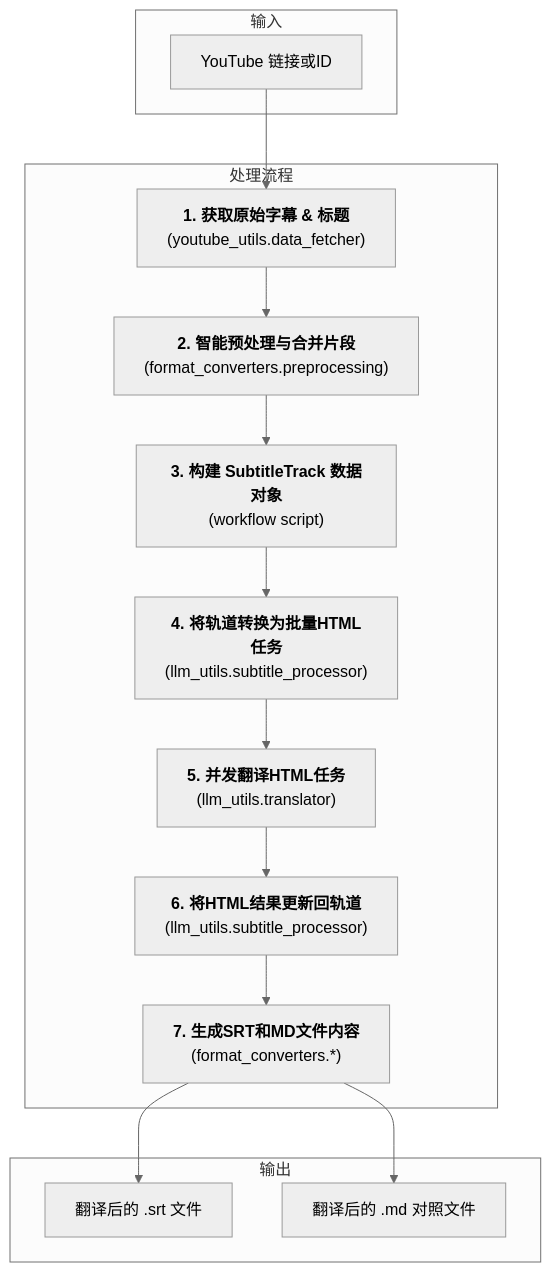
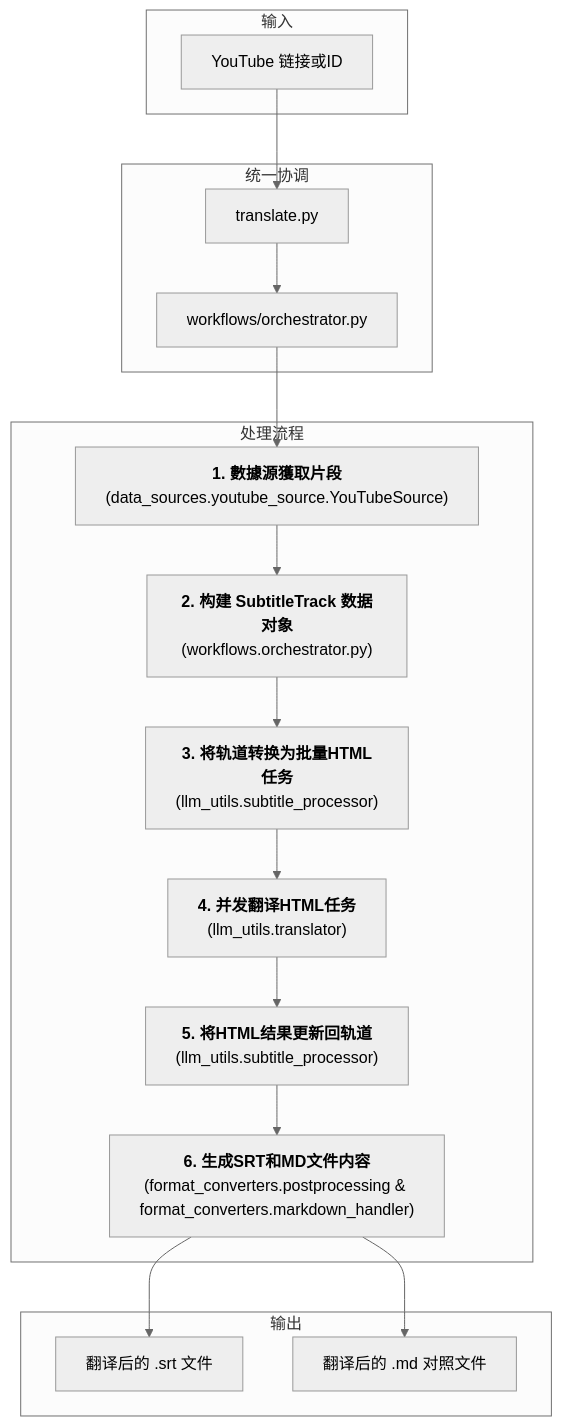
The diagram in docs/workflow3.mmd (kuniyao/MultiMediaGenAI), drawn with Mermaid (neutral theme) before and after one commit. The commit also changed 6 other files, not shown here.

First line of the commit message:
docs: Update workflow documentation and refactor subtitle retry mechanism

```diff
--- a/docs/workflow3.mmd
+++ b/docs/workflow3.mmd
@@ -1,22 +1,26 @@
 graph TD;
     subgraph Input [输入]
         A[YouTube 链接或ID]
     end
 
+    subgraph Orchestration [统一协调]
+        O1[translate.py]
+        O2[workflows/orchestrator.py]
+    end
+
     subgraph Processing [处理流程]
-        B["<b>1. 获取原始字幕 & 标题</b><br>(youtube_utils.data_fetcher)"]
-        B_plus["<b>2. 智能预处理与合并片段</b><br>(format_converters.preprocessing)"]
-        C["<b>3. 构建 SubtitleTrack 数据对象</b><br>(workflow script)"]
-        D["<b>4. 将轨道转换为批量HTML任务</b><br>(llm_utils.subtitle_processor)"]
-        E["<b>5. 并发翻译HTML任务</b><br>(llm_utils.translator)"]
-        F["<b>6. 将HTML结果更新回轨道</b><br>(llm_utils.subtitle_processor)"]
-        G["<b>7. 生成SRT和MD文件内容</b><br>(format_converters.*)"]
+        B["<b>1. 數據源獲取片段</b><br>(data_sources.youtube_source.YouTubeSource)"]
+        C["<b>2. 构建 SubtitleTrack 数据对象</b><br>(workflows.orchestrator.py)"]
+        D["<b>3. 将轨道转换为批量HTML任务</b><br>(llm_utils.subtitle_processor)"]
+        E["<b>4. 并发翻译HTML任务</b><br>(llm_utils.translator)"]
+        F["<b>5. 将HTML结果更新回轨道</b><br>(llm_utils.subtitle_processor)"]
+        G["<b>6. 生成SRT和MD文件内容</b><br>(format_converters.postprocessing & format_converters.markdown_handler)"]
     end
 
     subgraph Output [输出]
         H1[翻译后的 .srt 文件]
         H2[翻译后的 .md 对照文件]
     end
 
-    A --> B --> B_plus --> C --> D --> E --> F --> G;
+    A --> O1 --> O2 --> B --> C --> D --> E --> F --> G;
     G --> H1 & H2;
```
